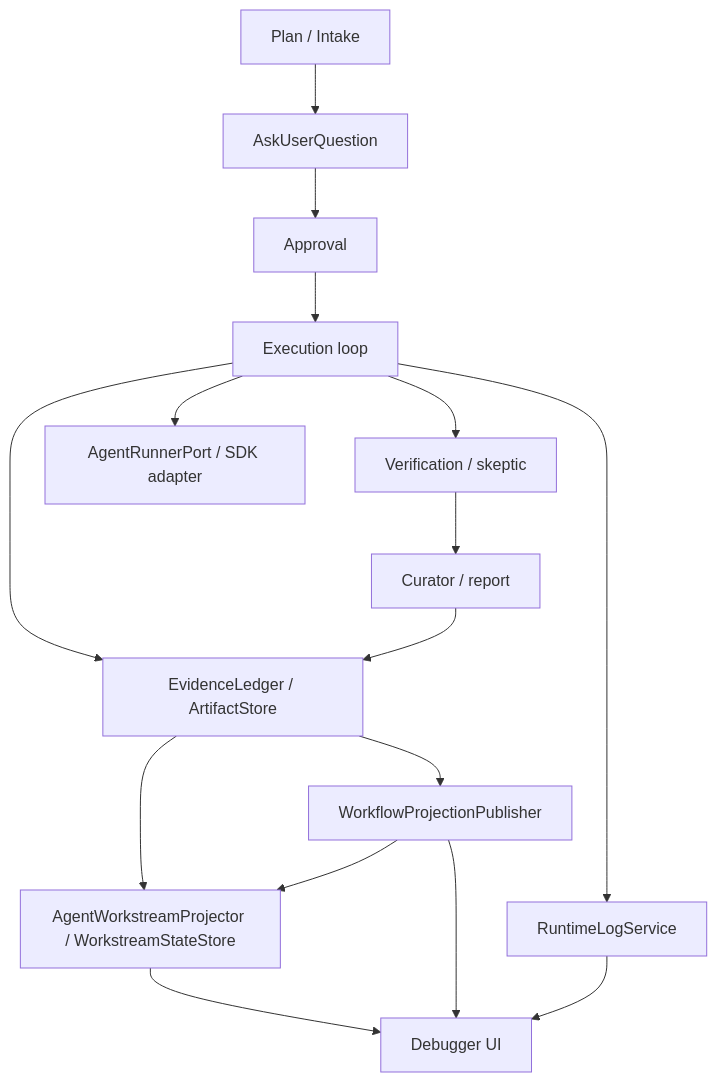
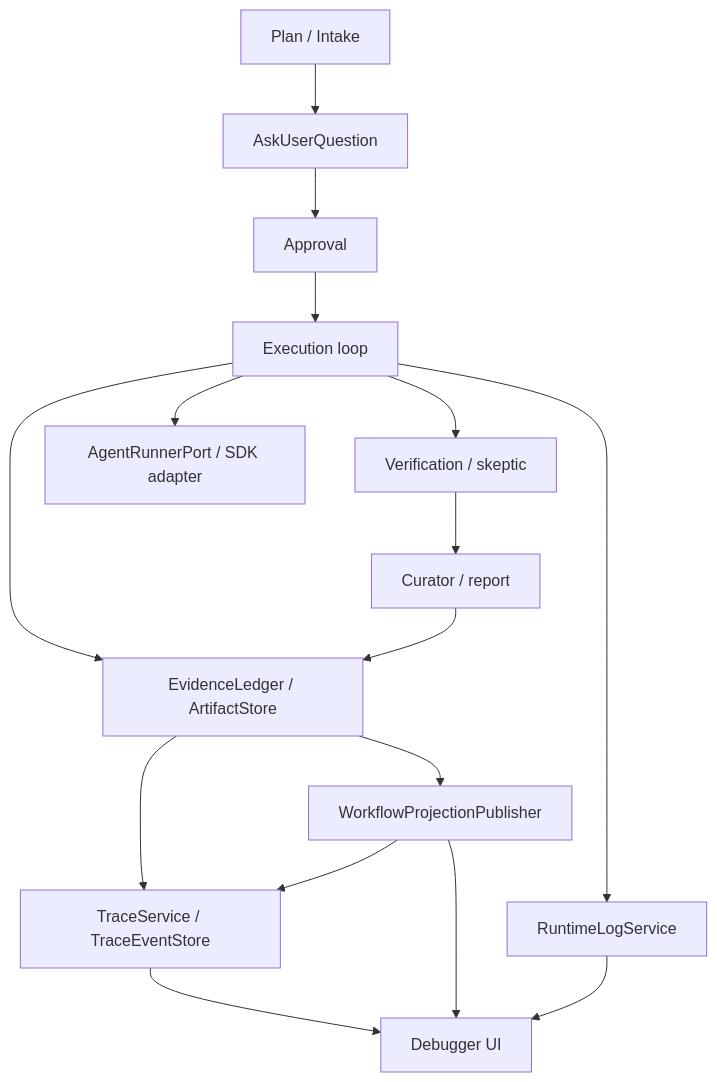
The third of 7 diagrams in docs/architecture/data-flow.md (haolange/RDC-Agent), drawn with Mermaid before and after one commit. The commit also changed other lines of this file and 196 other files, not shown here.

````diff
--- a/docs/architecture/data-flow.md
+++ b/docs/architecture/data-flow.md
@@ -61,31 +61,31 @@
 ```mermaid
 flowchart TB
   Intake["Plan / Intake"]
   Questions["AskUserQuestion"]
   Approval["Approval"]
   Execution["Execution loop"]
   Verification["Verification / skeptic"]
   Curator["Curator / report"]
   AgentRunner["AgentRunnerPort / SDK adapter"]
   Projection["WorkflowProjectionPublisher"]
-  Workstream["AgentWorkstreamProjector / WorkstreamStateStore"]
+  Trace["TraceService / TraceEventStore"]
   Evidence["EvidenceLedger / ArtifactStore"]
   Activity["RuntimeLogService"]
   UI["Debugger UI"]
 
   Intake --> Questions
   Questions --> Approval
   Approval --> Execution
   Execution --> AgentRunner
   Execution --> Verification
   Verification --> Curator
   Execution --> Evidence
   Curator --> Evidence
   Evidence --> Projection
-  Evidence --> Workstream
-  Projection --> Workstream
-  Workstream --> UI
+  Evidence --> Trace
+  Projection --> Trace
+  Trace --> UI
   Execution --> Activity
   Projection --> UI
   Activity --> UI
 ```
````
